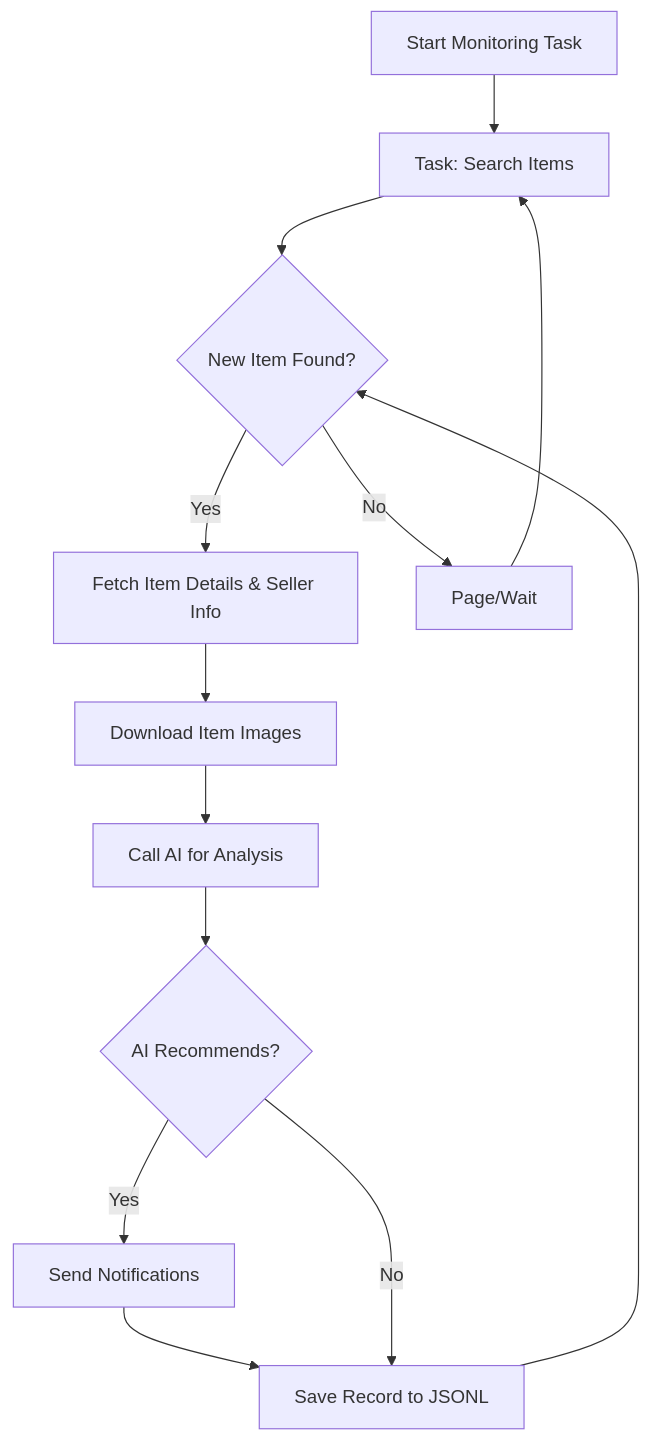
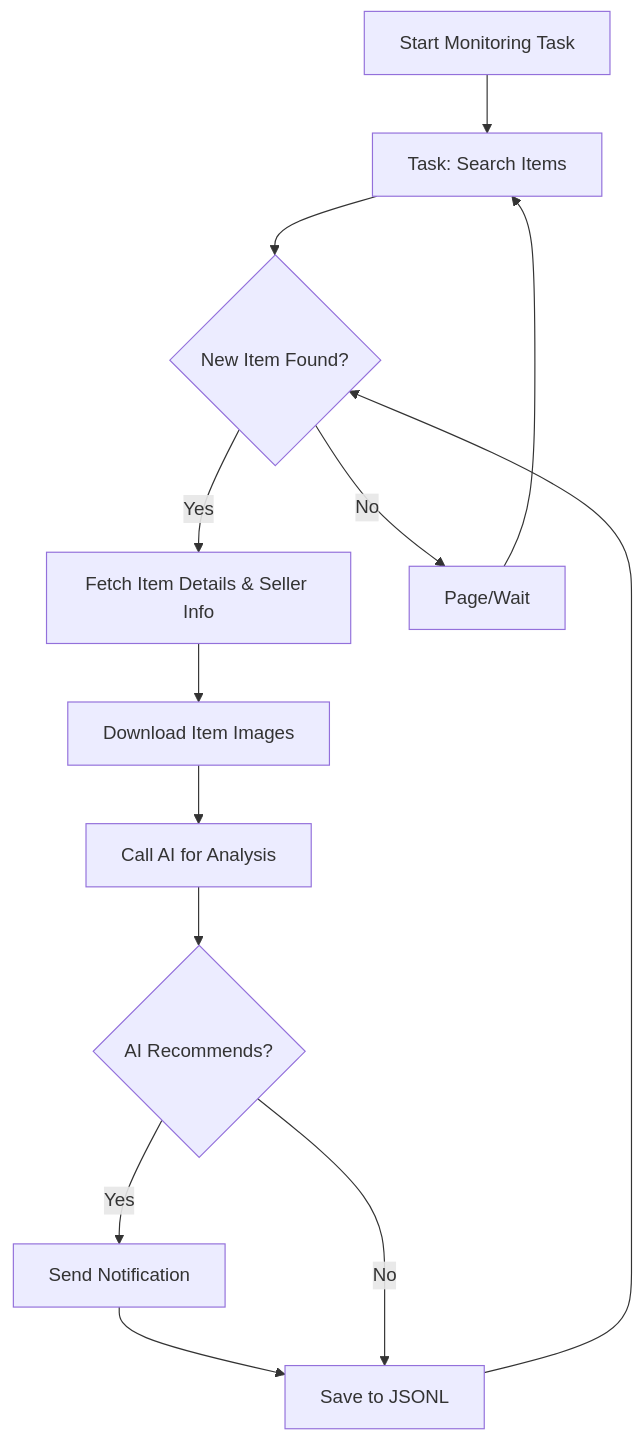
Before and after one commit to saurav-z/repo-docs: the diagram in docs/dingyufei615-ai-goofish-monitor.md, drawn with Mermaid. The commit also changed other lines of this file and 206 other files, not shown here.

````diff
--- a/docs/dingyufei615-ai-goofish-monitor.md
+++ b/docs/dingyufei615-ai-goofish-monitor.md
@@ -208,15 +204,15 @@
 ```mermaid
 graph TD
     A[Start Monitoring Task] --> B[Task: Search Items];
     B --> C{New Item Found?};
     C -- Yes --> D[Fetch Item Details & Seller Info];
     D --> E[Download Item Images];
     E --> F[Call AI for Analysis];
     F --> G{AI Recommends?};
-    G -- Yes --> H[Send Notifications];
-    H --> I[Save Record to JSONL];
+    G -- Yes --> H[Send Notification];
+    H --> I[Save to JSONL];
     G -- No --> I;
     C -- No --> J[Page/Wait];
     J --> B;
     I --> C;
 ```
````
